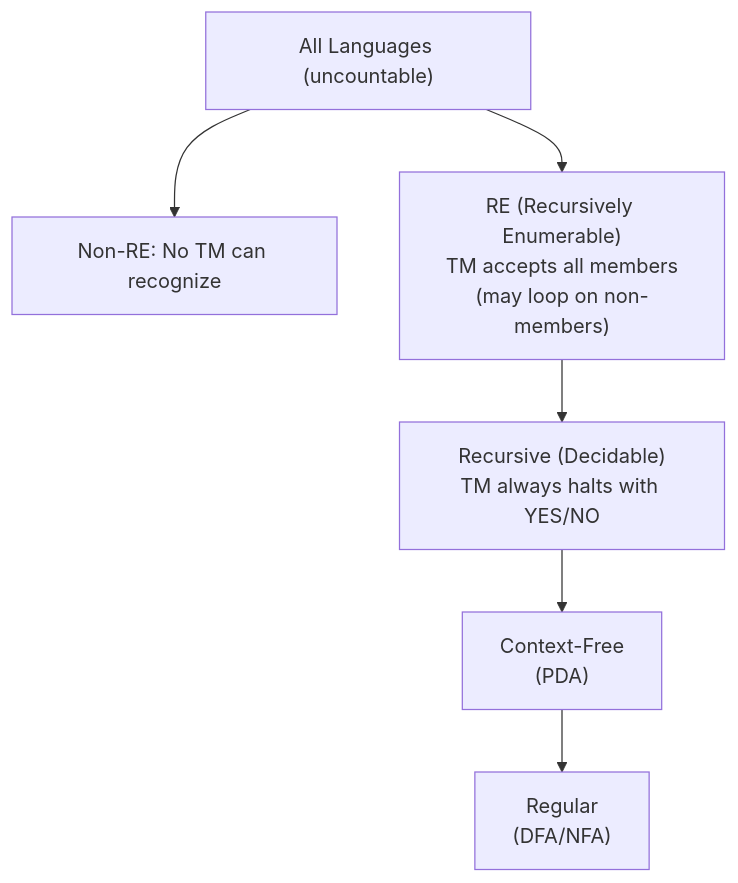
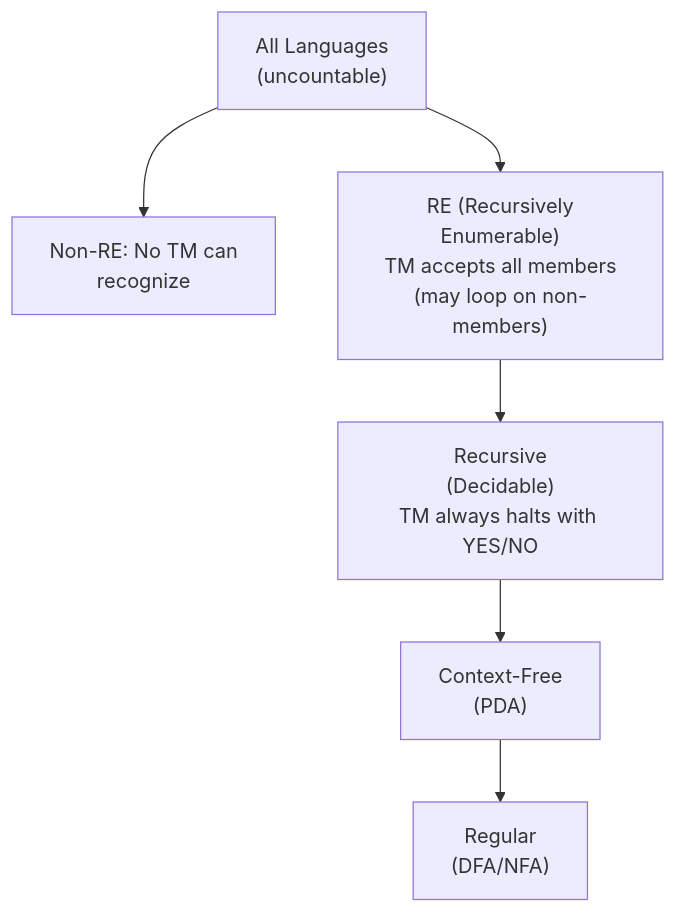
The diagram in 01-Semester-V/CS-304-MJ-T-Theory-of-Computer-Science/Unit-5.md (amitdevx/TY), drawn with Mermaid before and after one commit. The commit also changed 65 other files, not shown here.

Commit message:
fix:graph vertical

````diff
--- a/01-Semester-V/CS-304-MJ-T-Theory-of-Computer-Science/Unit-5.md
+++ b/01-Semester-V/CS-304-MJ-T-Theory-of-Computer-Science/Unit-5.md
@@ -246,15 +246,15 @@
 ```mermaid
 graph TD
-    A["All Languages (uncountable)"]
-    B["Non-RE: No TM can recognize"]
-    C["RE (Recursively Enumerable)<br/>TM accepts all members<br/>(may loop on non-members)"]
-    D["Recursive (Decidable)<br/>TM always halts with YES/NO"]
+    A["All Languages<br/>(uncountable)"]
+    B["Non-RE: No TM can<br/>recognize"]
+    C["RE (Recursively<br/>Enumerable)<br/>TM accepts all members<br/>(may loop on non-members)"]
+    D["Recursive<br/>(Decidable)<br/>TM always halts with YES/NO"]
     E["Context-Free<br/>(PDA)"]
     F["Regular<br/>(DFA/NFA)"]
     
     A --> B
     A --> C
     C --> D
     D --> E
     E --> F
 ```
````
